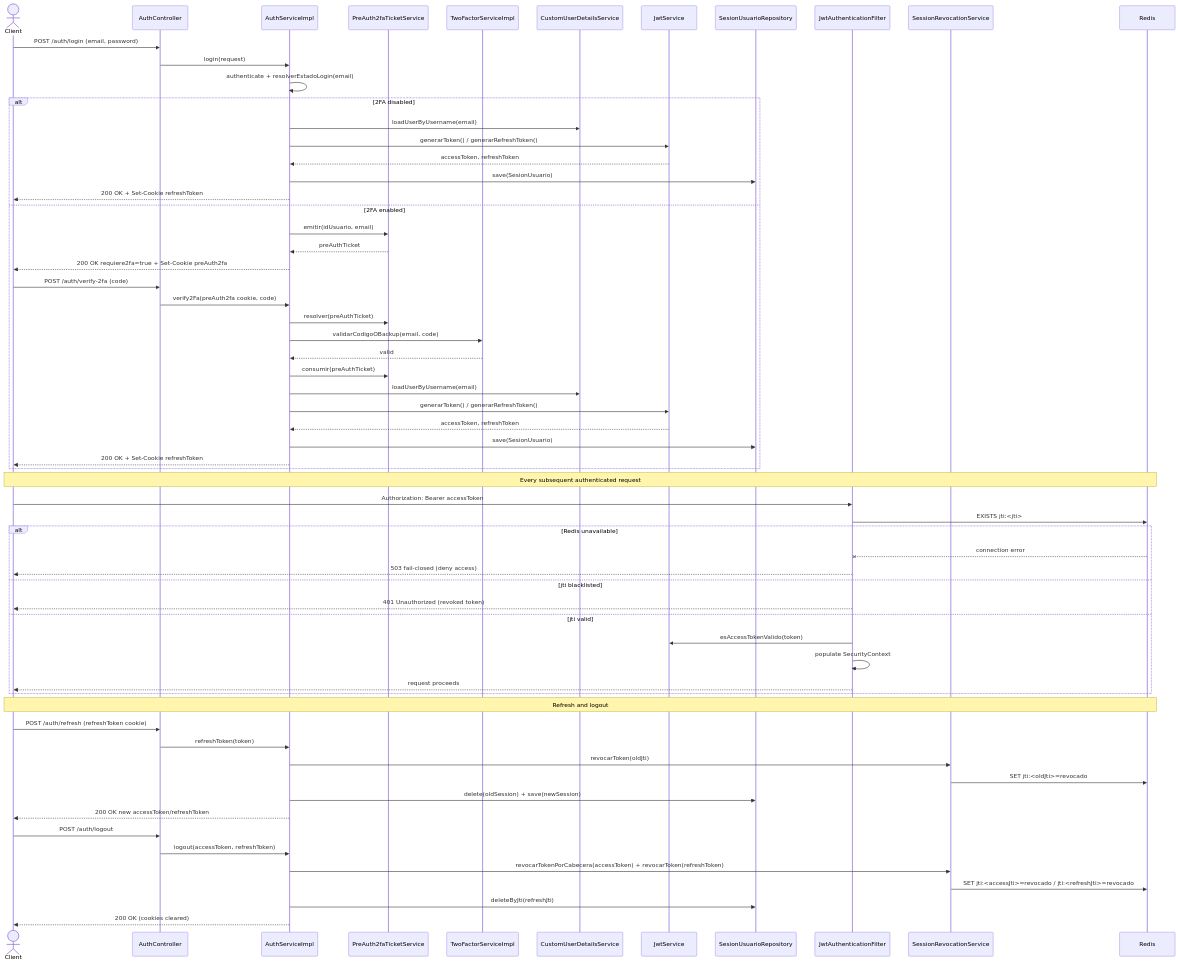
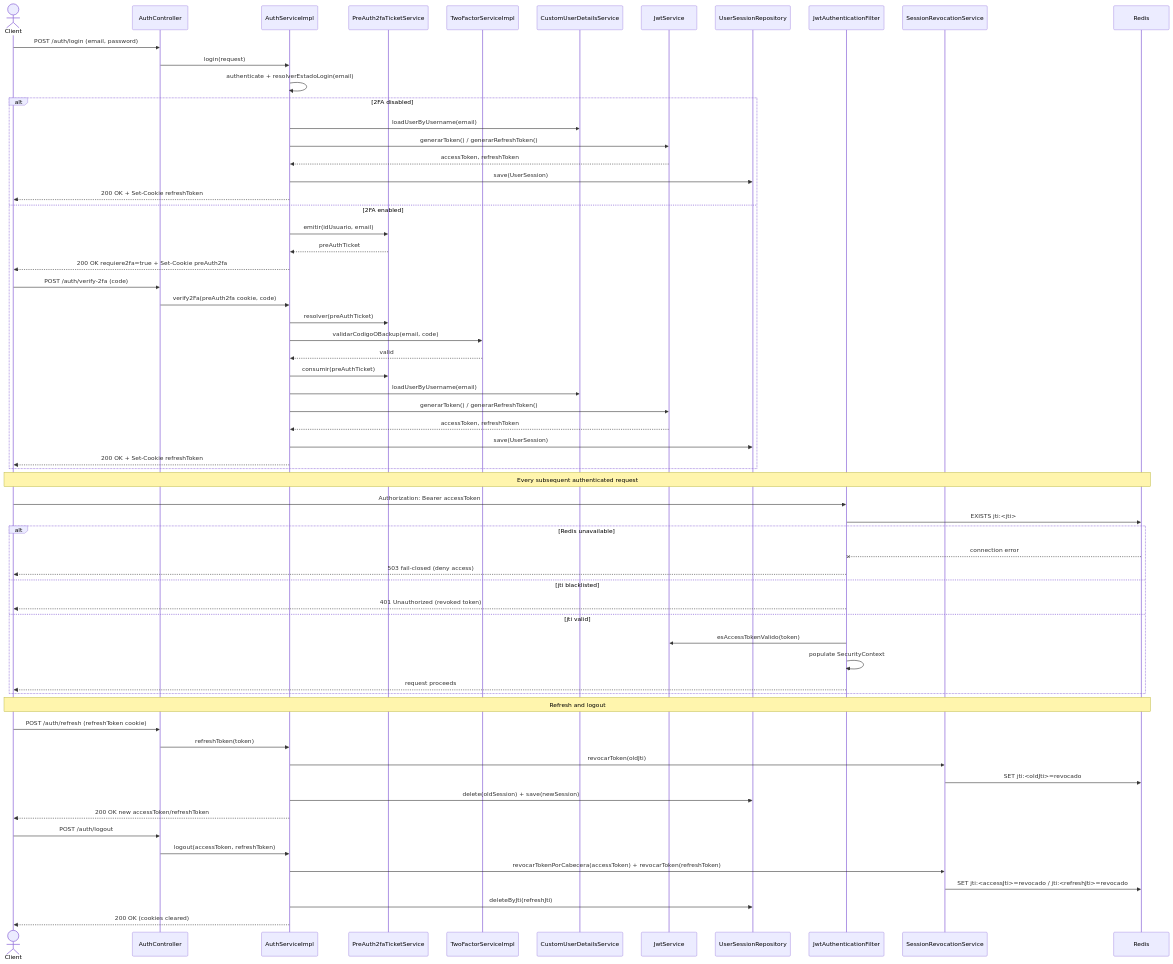
The first of 4 diagrams in docs/diagramas/Secuencia_Login_JWT.md (JohanCarvajal04/Proyecto-WEB-ARTISYNC), drawn with Mermaid before and after one commit. The commit also changed other lines of this file and 6 other files, not shown here.

````diff
--- a/docs/diagramas/Secuencia_Login_JWT.md
+++ b/docs/diagramas/Secuencia_Login_JWT.md
@@ -18,70 +18,70 @@
 ```mermaid
 sequenceDiagram
     actor Client
     participant AuthCtrl as AuthController
     participant AuthSvc as AuthServiceImpl
     participant Ticket as PreAuth2faTicketService
     participant TwoFa as TwoFactorServiceImpl
     participant UDS as CustomUserDetailsService
     participant JwtSvc as JwtService
-    participant SessionRepo as SesionUsuarioRepository
+    participant SessionRepo as UserSessionRepository
     participant Filter as JwtAuthenticationFilter
     participant Revoke as SessionRevocationService
     participant Redis
 
     Client->>AuthCtrl: POST /auth/login (email, password)
     AuthCtrl->>AuthSvc: login(request)
     AuthSvc->>AuthSvc: authenticate + resolverEstadoLogin(email)
 
     alt 2FA disabled
         AuthSvc->>UDS: loadUserByUsername(email)
         AuthSvc->>JwtSvc: generarToken() / generarRefreshToken()
         JwtSvc-->>AuthSvc: accessToken, refreshToken
-        AuthSvc->>SessionRepo: save(SesionUsuario)
+        AuthSvc->>SessionRepo: save(UserSession)
         AuthSvc-->>Client: 200 OK + Set-Cookie refreshToken
     else 2FA enabled
         AuthSvc->>Ticket: emitir(idUsuario, email)
         Ticket-->>AuthSvc: preAuthTicket
         AuthSvc-->>Client: 200 OK requiere2fa=true + Set-Cookie preAuth2fa
         Client->>AuthCtrl: POST /auth/verify-2fa (code)
         AuthCtrl->>AuthSvc: verify2Fa(preAuth2fa cookie, code)
         AuthSvc->>Ticket: resolver(preAuthTicket)
         AuthSvc->>TwoFa: validarCodigoOBackup(email, code)
         TwoFa-->>AuthSvc: valid
         AuthSvc->>Ticket: consumir(preAuthTicket)
         AuthSvc->>UDS: loadUserByUsername(email)
         AuthSvc->>JwtSvc: generarToken() / generarRefreshToken()
         JwtSvc-->>AuthSvc: accessToken, refreshToken
-        AuthSvc->>SessionRepo: save(SesionUsuario)
+        AuthSvc->>SessionRepo: save(UserSession)
         AuthSvc-->>Client: 200 OK + Set-Cookie refreshToken
     end
 
     Note over Client,Redis: Every subsequent authenticated request
     Client->>Filter: Authorization: Bearer accessToken
     Filter->>Redis: EXISTS jti:<jti>
     alt Redis unavailable
         Redis--xFilter: connection error
         Filter-->>Client: 503 fail-closed (deny access)
     else jti blacklisted
         Filter-->>Client: 401 Unauthorized (revoked token)
     else jti valid
         Filter->>JwtSvc: esAccessTokenValido(token)
         Filter->>Filter: populate SecurityContext
         Filter-->>Client: request proceeds
     end
 
     Note over Client,Redis: Refresh and logout
     Client->>AuthCtrl: POST /auth/refresh (refreshToken cookie)
     AuthCtrl->>AuthSvc: refreshToken(token)
     AuthSvc->>Revoke: revocarToken(oldJti)
     Revoke->>Redis: SET jti:<oldJti>=revocado
     AuthSvc->>SessionRepo: delete(oldSession) + save(newSession)
     AuthSvc-->>Client: 200 OK new accessToken/refreshToken
 
     Client->>AuthCtrl: POST /auth/logout
     AuthCtrl->>AuthSvc: logout(accessToken, refreshToken)
     AuthSvc->>Revoke: revocarTokenPorCabecera(accessToken) + revocarToken(refreshToken)
     Revoke->>Redis: SET jti:<accessJti>=revocado / jti:<refreshJti>=revocado
     AuthSvc->>SessionRepo: deleteByJti(refreshJti)
     AuthSvc-->>Client: 200 OK (cookies cleared)
 ```
````
